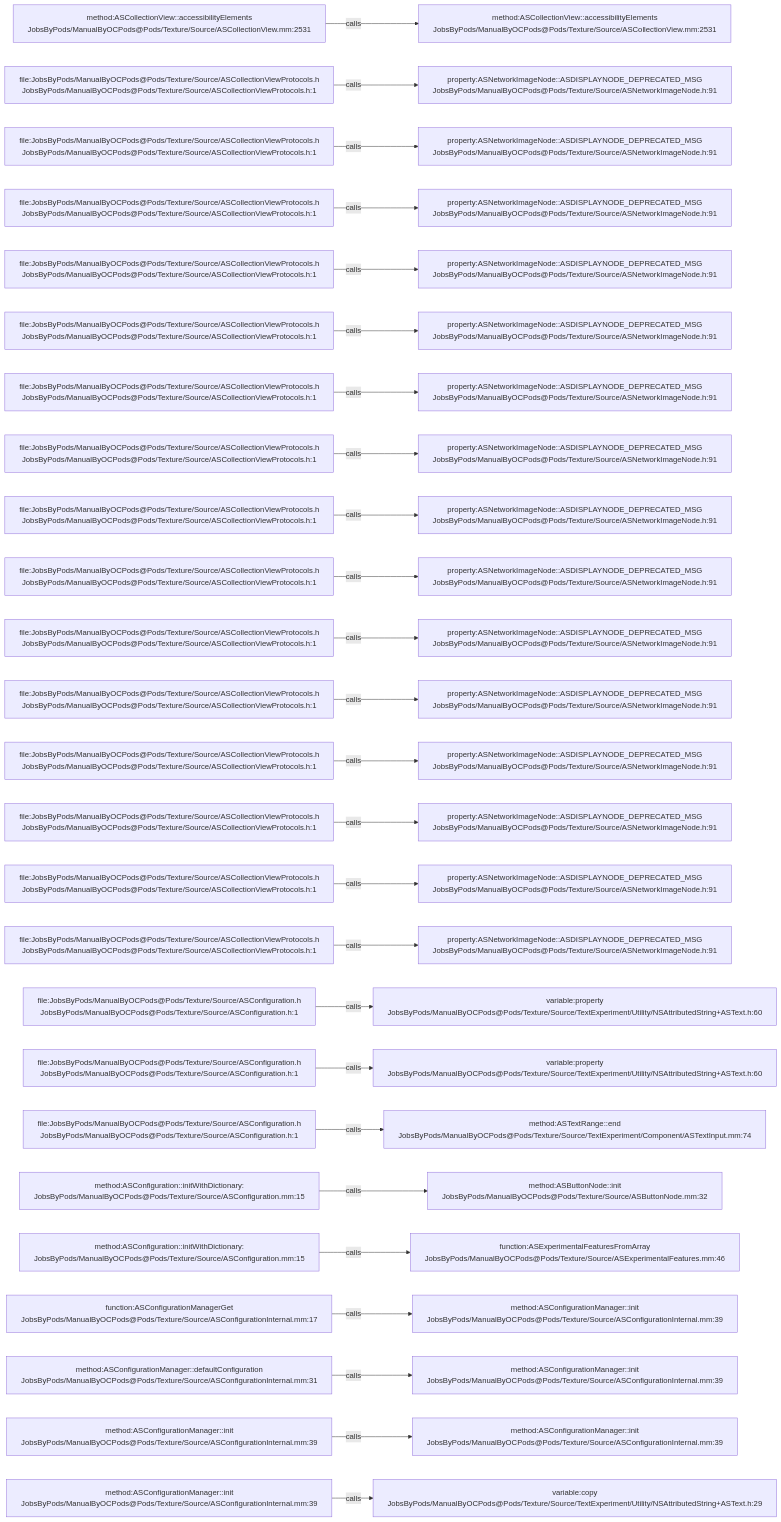
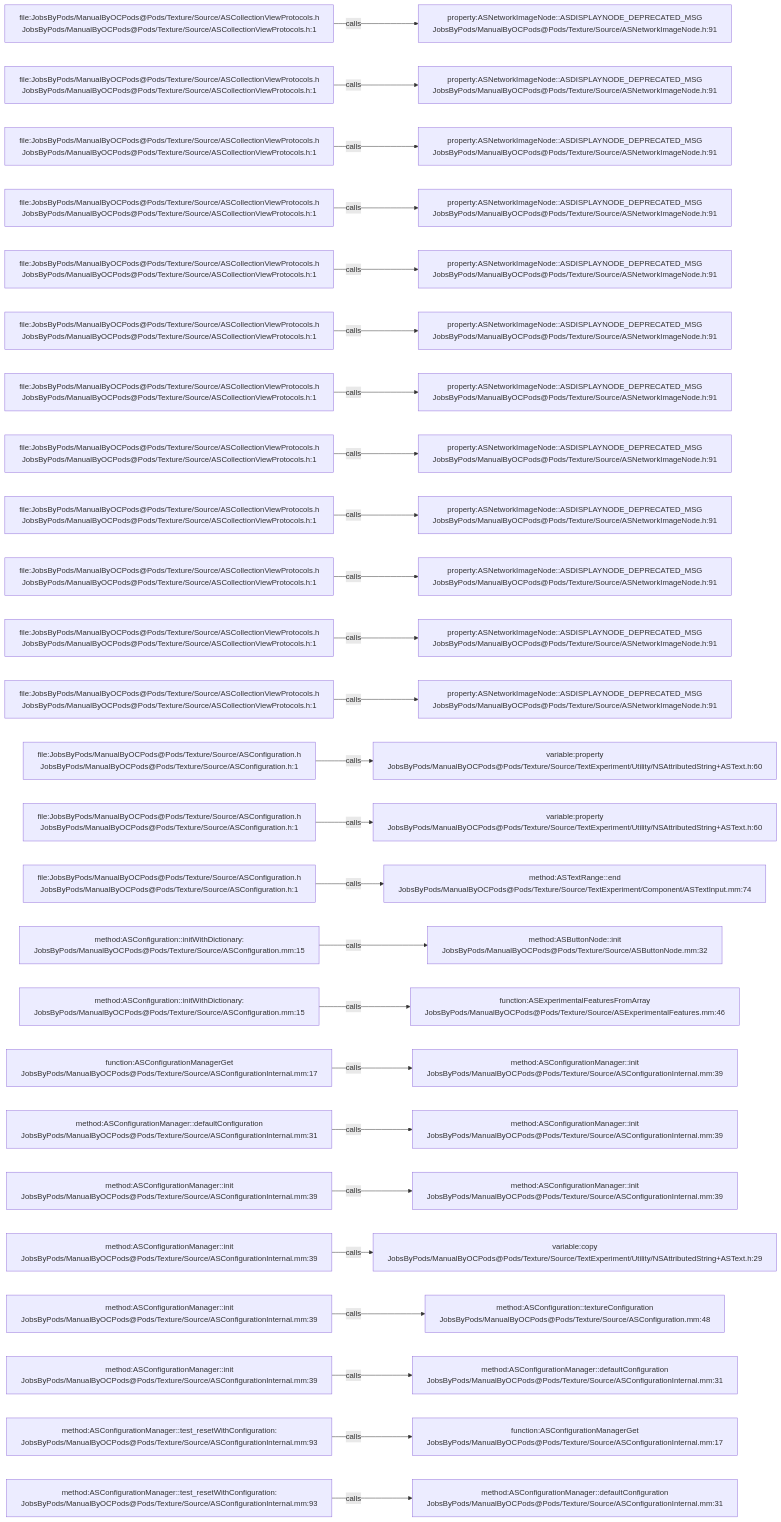
The diagram in .codegraph/codegraph.md/graphs/calls-083.md (JobsKits/JobsOCBaseConfigDemo), drawn with Mermaid before and after one commit. The commit also changed 727 other files, not shown here.

````diff
--- a/.codegraph/codegraph.md/graphs/calls-083.md
+++ b/.codegraph/codegraph.md/graphs/calls-083.md
@@ -13,78 +13,78 @@
 ```mermaid
 flowchart LR
-  S1["method:ASCollectionView::accessibilityElements<br/>JobsByPods/ManualByOCPods@Pods/Texture/Source/ASCollectionView.mm:2531"]
-  T1["method:ASCollectionView::accessibilityElements<br/>JobsByPods/ManualByOCPods@Pods/Texture/Source/ASCollectionView.mm:2531"]
+  S1["file:JobsByPods/ManualByOCPods@Pods/Texture/Source/ASCollectionViewProtocols.h<br/>JobsByPods/ManualByOCPods@Pods/Texture/Source/ASCollectionViewProtocols.h:1"]
+  T1["property:ASNetworkImageNode::ASDISPLAYNODE_DEPRECATED_MSG<br/>JobsByPods/ManualByOCPods@Pods/Texture/Source/ASNetworkImageNode.h:91"]
   S1 -->|calls| T1
   S2["file:JobsByPods/ManualByOCPods@Pods/Texture/Source/ASCollectionViewProtocols.h<br/>JobsByPods/ManualByOCPods@Pods/Texture/Source/ASCollectionViewProtocols.h:1"]
   T2["property:ASNetworkImageNode::ASDISPLAYNODE_DEPRECATED_MSG<br/>JobsByPods/ManualByOCPods@Pods/Texture/Source/ASNetworkImageNode.h:91"]
   S2 -->|calls| T2
   S3["file:JobsByPods/ManualByOCPods@Pods/Texture/Source/ASCollectionViewProtocols.h<br/>JobsByPods/ManualByOCPods@Pods/Texture/Source/ASCollectionViewProtocols.h:1"]
   T3["property:ASNetworkImageNode::ASDISPLAYNODE_DEPRECATED_MSG<br/>JobsByPods/ManualByOCPods@Pods/Texture/Source/ASNetworkImageNode.h:91"]
   S3 -->|calls| T3
   S4["file:JobsByPods/ManualByOCPods@Pods/Texture/Source/ASCollectionViewProtocols.h<br/>JobsByPods/ManualByOCPods@Pods/Texture/Source/ASCollectionViewProtocols.h:1"]
   T4["property:ASNetworkImageNode::ASDISPLAYNODE_DEPRECATED_MSG<br/>JobsByPods/ManualByOCPods@Pods/Texture/Source/ASNetworkImageNode.h:91"]
   S4 -->|calls| T4
   S5["file:JobsByPods/ManualByOCPods@Pods/Texture/Source/ASCollectionViewProtocols.h<br/>JobsByPods/ManualByOCPods@Pods/Texture/Source/ASCollectionViewProtocols.h:1"]
   T5["property:ASNetworkImageNode::ASDISPLAYNODE_DEPRECATED_MSG<br/>JobsByPods/ManualByOCPods@Pods/Texture/Source/ASNetworkImageNode.h:91"]
   S5 -->|calls| T5
   S6["file:JobsByPods/ManualByOCPods@Pods/Texture/Source/ASCollectionViewProtocols.h<br/>JobsByPods/ManualByOCPods@Pods/Texture/Source/ASCollectionViewProtocols.h:1"]
   T6["property:ASNetworkImageNode::ASDISPLAYNODE_DEPRECATED_MSG<br/>JobsByPods/ManualByOCPods@Pods/Texture/Source/ASNetworkImageNode.h:91"]
   S6 -->|calls| T6
   S7["file:JobsByPods/ManualByOCPods@Pods/Texture/Source/ASCollectionViewProtocols.h<br/>JobsByPods/ManualByOCPods@Pods/Texture/Source/ASCollectionViewProtocols.h:1"]
   T7["property:ASNetworkImageNode::ASDISPLAYNODE_DEPRECATED_MSG<br/>JobsByPods/ManualByOCPods@Pods/Texture/Source/ASNetworkImageNode.h:91"]
   S7 -->|calls| T7
   S8["file:JobsByPods/ManualByOCPods@Pods/Texture/Source/ASCollectionViewProtocols.h<br/>JobsByPods/ManualByOCPods@Pods/Texture/Source/ASCollectionViewProtocols.h:1"]
   T8["property:ASNetworkImageNode::ASDISPLAYNODE_DEPRECATED_MSG<br/>JobsByPods/ManualByOCPods@Pods/Texture/Source/ASNetworkImageNode.h:91"]
   S8 -->|calls| T8
   S9["file:JobsByPods/ManualByOCPods@Pods/Texture/Source/ASCollectionViewProtocols.h<br/>JobsByPods/ManualByOCPods@Pods/Texture/Source/ASCollectionViewProtocols.h:1"]
   T9["property:ASNetworkImageNode::ASDISPLAYNODE_DEPRECATED_MSG<br/>JobsByPods/ManualByOCPods@Pods/Texture/Source/ASNetworkImageNode.h:91"]
   S9 -->|calls| T9
   S10["file:JobsByPods/ManualByOCPods@Pods/Texture/Source/ASCollectionViewProtocols.h<br/>JobsByPods/ManualByOCPods@Pods/Texture/Source/ASCollectionViewProtocols.h:1"]
   T10["property:ASNetworkImageNode::ASDISPLAYNODE_DEPRECATED_MSG<br/>JobsByPods/ManualByOCPods@Pods/Texture/Source/ASNetworkImageNode.h:91"]
   S10 -->|calls| T10
   S11["file:JobsByPods/ManualByOCPods@Pods/Texture/Source/ASCollectionViewProtocols.h<br/>JobsByPods/ManualByOCPods@Pods/Texture/Source/ASCollectionViewProtocols.h:1"]
   T11["property:ASNetworkImageNode::ASDISPLAYNODE_DEPRECATED_MSG<br/>JobsByPods/ManualByOCPods@Pods/Texture/Source/ASNetworkImageNode.h:91"]
   S11 -->|calls| T11
   S12["file:JobsByPods/ManualByOCPods@Pods/Texture/Source/ASCollectionViewProtocols.h<br/>JobsByPods/ManualByOCPods@Pods/Texture/Source/ASCollectionViewProtocols.h:1"]
   T12["property:ASNetworkImageNode::ASDISPLAYNODE_DEPRECATED_MSG<br/>JobsByPods/ManualByOCPods@Pods/Texture/Source/ASNetworkImageNode.h:91"]
   S12 -->|calls| T12
-  S13["file:JobsByPods/ManualByOCPods@Pods/Texture/Source/ASCollectionViewProtocols.h<br/>JobsByPods/ManualByOCPods@Pods/Texture/Source/ASCollectionViewProtocols.h:1"]
-  T13["property:ASNetworkImageNode::ASDISPLAYNODE_DEPRECATED_MSG<br/>JobsByPods/ManualByOCPods@Pods/Texture/Source/ASNetworkImageNode.h:91"]
+  S13["file:JobsByPods/ManualByOCPods@Pods/Texture/Source/ASConfiguration.h<br/>JobsByPods/ManualByOCPods@Pods/Texture/Source/ASConfiguration.h:1"]
+  T13["variable:property<br/>JobsByPods/ManualByOCPods@Pods/Texture/Source/TextExperiment/Utility/NSAttributedString+ASText.h:60"]
   S13 -->|calls| T13
-  S14["file:JobsByPods/ManualByOCPods@Pods/Texture/Source/ASCollectionViewProtocols.h<br/>JobsByPods/ManualByOCPods@Pods/Texture/Source/ASCollectionViewProtocols.h:1"]
-  T14["property:ASNetworkImageNode::ASDISPLAYNODE_DEPRECATED_MSG<br/>JobsByPods/ManualByOCPods@Pods/Texture/Source/ASNetworkImageNode.h:91"]
+  S14["file:JobsByPods/ManualByOCPods@Pods/Texture/Source/ASConfiguration.h<br/>JobsByPods/ManualByOCPods@Pods/Texture/Source/ASConfiguration.h:1"]
+  T14["variable:property<br/>JobsByPods/ManualByOCPods@Pods/Texture/Source/TextExperiment/Utility/NSAttributedString+ASText.h:60"]
   S14 -->|calls| T14
-  S15["file:JobsByPods/ManualByOCPods@Pods/Texture/Source/ASCollectionViewProtocols.h<br/>JobsByPods/ManualByOCPods@Pods/Texture/Source/ASCollectionViewProtocols.h:1"]
-  T15["property:ASNetworkImageNode::ASDISPLAYNODE_DEPRECATED_MSG<br/>JobsByPods/ManualByOCPods@Pods/Texture/Source/ASNetworkImageNode.h:91"]
+  S15["file:JobsByPods/ManualByOCPods@Pods/Texture/Source/ASConfiguration.h<br/>JobsByPods/ManualByOCPods@Pods/Texture/Source/ASConfiguration.h:1"]
+  T15["method:ASTextRange::end<br/>JobsByPods/ManualByOCPods@Pods/Texture/Source/TextExperiment/Component/ASTextInput.mm:74"]
   S15 -->|calls| T15
-  S16["file:JobsByPods/ManualByOCPods@Pods/Texture/Source/ASCollectionViewProtocols.h<br/>JobsByPods/ManualByOCPods@Pods/Texture/Source/ASCollectionViewProtocols.h:1"]
-  T16["property:ASNetworkImageNode::ASDISPLAYNODE_DEPRECATED_MSG<br/>JobsByPods/ManualByOCPods@Pods/Texture/Source/ASNetworkImageNode.h:91"]
+  S16["method:ASConfiguration::initWithDictionary:<br/>JobsByPods/ManualByOCPods@Pods/Texture/Source/ASConfiguration.mm:15"]
+  T16["method:ASButtonNode::init<br/>JobsByPods/ManualByOCPods@Pods/Texture/Source/ASButtonNode.mm:32"]
   S16 -->|calls| T16
-  S17["file:JobsByPods/ManualByOCPods@Pods/Texture/Source/ASConfiguration.h<br/>JobsByPods/ManualByOCPods@Pods/Texture/Source/ASConfiguration.h:1"]
-  T17["variable:property<br/>JobsByPods/ManualByOCPods@Pods/Texture/Source/TextExperiment/Utility/NSAttributedString+ASText.h:60"]
+  S17["method:ASConfiguration::initWithDictionary:<br/>JobsByPods/ManualByOCPods@Pods/Texture/Source/ASConfiguration.mm:15"]
+  T17["function:ASExperimentalFeaturesFromArray<br/>JobsByPods/ManualByOCPods@Pods/Texture/Source/ASExperimentalFeatures.mm:46"]
   S17 -->|calls| T17
-  S18["file:JobsByPods/ManualByOCPods@Pods/Texture/Source/ASConfiguration.h<br/>JobsByPods/ManualByOCPods@Pods/Texture/Source/ASConfiguration.h:1"]
-  T18["variable:property<br/>JobsByPods/ManualByOCPods@Pods/Texture/Source/TextExperiment/Utility/NSAttributedString+ASText.h:60"]
+  S18["function:ASConfigurationManagerGet<br/>JobsByPods/ManualByOCPods@Pods/Texture/Source/ASConfigurationInternal.mm:17"]
+  T18["method:ASConfigurationManager::init<br/>JobsByPods/ManualByOCPods@Pods/Texture/Source/ASConfigurationInternal.mm:39"]
   S18 -->|calls| T18
-  S19["file:JobsByPods/ManualByOCPods@Pods/Texture/Source/ASConfiguration.h<br/>JobsByPods/ManualByOCPods@Pods/Texture/Source/ASConfiguration.h:1"]
-  T19["method:ASTextRange::end<br/>JobsByPods/ManualByOCPods@Pods/Texture/Source/TextExperiment/Component/ASTextInput.mm:74"]
+  S19["method:ASConfigurationManager::defaultConfiguration<br/>JobsByPods/ManualByOCPods@Pods/Texture/Source/ASConfigurationInternal.mm:31"]
+  T19["method:ASConfigurationManager::init<br/>JobsByPods/ManualByOCPods@Pods/Texture/Source/ASConfigurationInternal.mm:39"]
   S19 -->|calls| T19
-  S20["method:ASConfiguration::initWithDictionary:<br/>JobsByPods/ManualByOCPods@Pods/Texture/Source/ASConfiguration.mm:15"]
-  T20["method:ASButtonNode::init<br/>JobsByPods/ManualByOCPods@Pods/Texture/Source/ASButtonNode.mm:32"]
+  S20["method:ASConfigurationManager::init<br/>JobsByPods/ManualByOCPods@Pods/Texture/Source/ASConfigurationInternal.mm:39"]
+  T20["method:ASConfigurationManager::init<br/>JobsByPods/ManualByOCPods@Pods/Texture/Source/ASConfigurationInternal.mm:39"]
   S20 -->|calls| T20
-  S21["method:ASConfiguration::initWithDictionary:<br/>JobsByPods/ManualByOCPods@Pods/Texture/Source/ASConfiguration.mm:15"]
-  T21["function:ASExperimentalFeaturesFromArray<br/>JobsByPods/ManualByOCPods@Pods/Texture/Source/ASExperimentalFeatures.mm:46"]
+  S21["method:ASConfigurationManager::init<br/>JobsByPods/ManualByOCPods@Pods/Texture/Source/ASConfigurationInternal.mm:39"]
+  T21["variable:copy<br/>JobsByPods/ManualByOCPods@Pods/Texture/Source/TextExperiment/Utility/NSAttributedString+ASText.h:29"]
   S21 -->|calls| T21
-  S22["function:ASConfigurationManagerGet<br/>JobsByPods/ManualByOCPods@Pods/Texture/Source/ASConfigurationInternal.mm:17"]
-  T22["method:ASConfigurationManager::init<br/>JobsByPods/ManualByOCPods@Pods/Texture/Source/ASConfigurationInternal.mm:39"]
+  S22["method:ASConfigurationManager::init<br/>JobsByPods/ManualByOCPods@Pods/Texture/Source/ASConfigurationInternal.mm:39"]
+  T22["method:ASConfiguration::textureConfiguration<br/>JobsByPods/ManualByOCPods@Pods/Texture/Source/ASConfiguration.mm:48"]
   S22 -->|calls| T22
-  S23["method:ASConfigurationManager::defaultConfiguration<br/>JobsByPods/ManualByOCPods@Pods/Texture/Source/ASConfigurationInternal.mm:31"]
-  T23["method:ASConfigurationManager::init<br/>JobsByPods/ManualByOCPods@Pods/Texture/Source/ASConfigurationInternal.mm:39"]
+  S23["method:ASConfigurationManager::init<br/>JobsByPods/ManualByOCPods@Pods/Texture/Source/ASConfigurationInternal.mm:39"]
+  T23["method:ASConfigurationManager::defaultConfiguration<br/>JobsByPods/ManualByOCPods@Pods/Texture/Source/ASConfigurationInternal.mm:31"]
   S23 -->|calls| T23
-  S24["method:ASConfigurationManager::init<br/>JobsByPods/ManualByOCPods@Pods/Texture/Source/ASConfigurationInternal.mm:39"]
-  T24["method:ASConfigurationManager::init<br/>JobsByPods/ManualByOCPods@Pods/Texture/Source/ASConfigurationInternal.mm:39"]
+  S24["method:ASConfigurationManager::test_resetWithConfiguration:<br/>JobsByPods/ManualByOCPods@Pods/Texture/Source/ASConfigurationInternal.mm:93"]
+  T24["function:ASConfigurationManagerGet<br/>JobsByPods/ManualByOCPods@Pods/Texture/Source/ASConfigurationInternal.mm:17"]
   S24 -->|calls| T24
-  S25["method:ASConfigurationManager::init<br/>JobsByPods/ManualByOCPods@Pods/Texture/Source/ASConfigurationInternal.mm:39"]
-  T25["variable:copy<br/>JobsByPods/ManualByOCPods@Pods/Texture/Source/TextExperiment/Utility/NSAttributedString+ASText.h:29"]
+  S25["method:ASConfigurationManager::test_resetWithConfiguration:<br/>JobsByPods/ManualByOCPods@Pods/Texture/Source/ASConfigurationInternal.mm:93"]
+  T25["method:ASConfigurationManager::defaultConfiguration<br/>JobsByPods/ManualByOCPods@Pods/Texture/Source/ASConfigurationInternal.mm:31"]
   S25 -->|calls| T25
 ```
````
